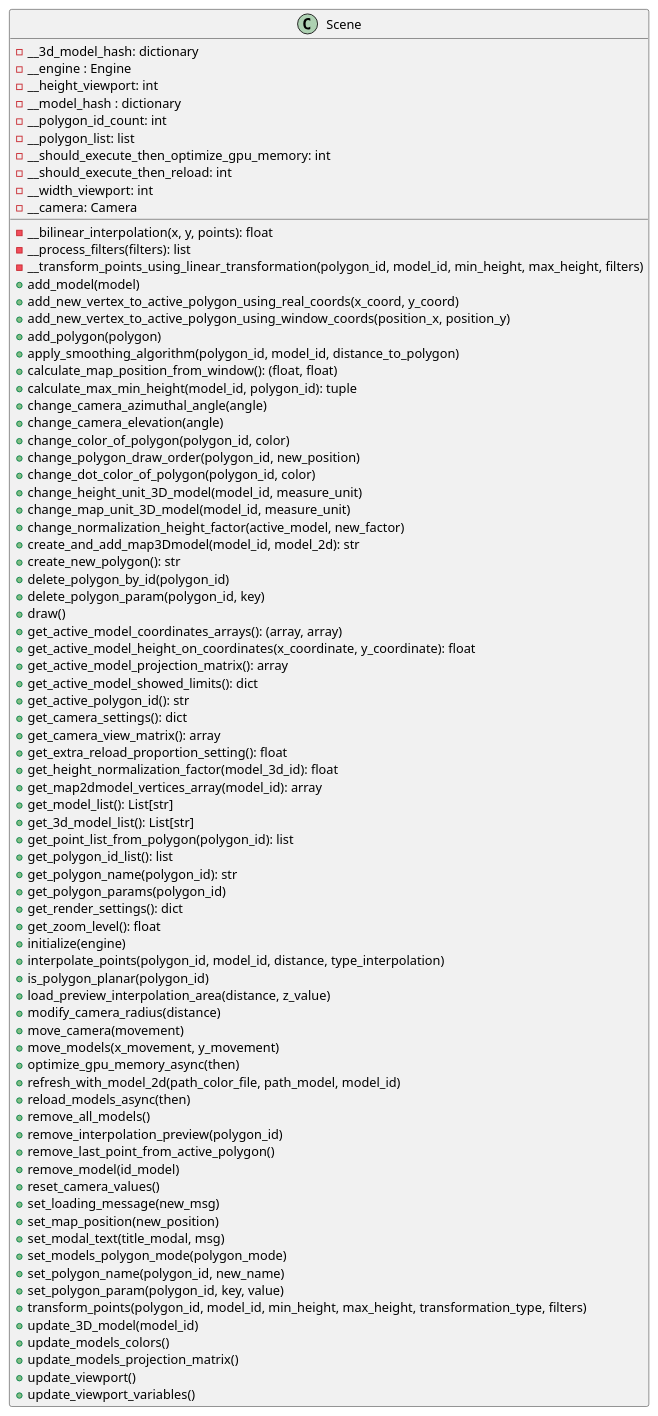
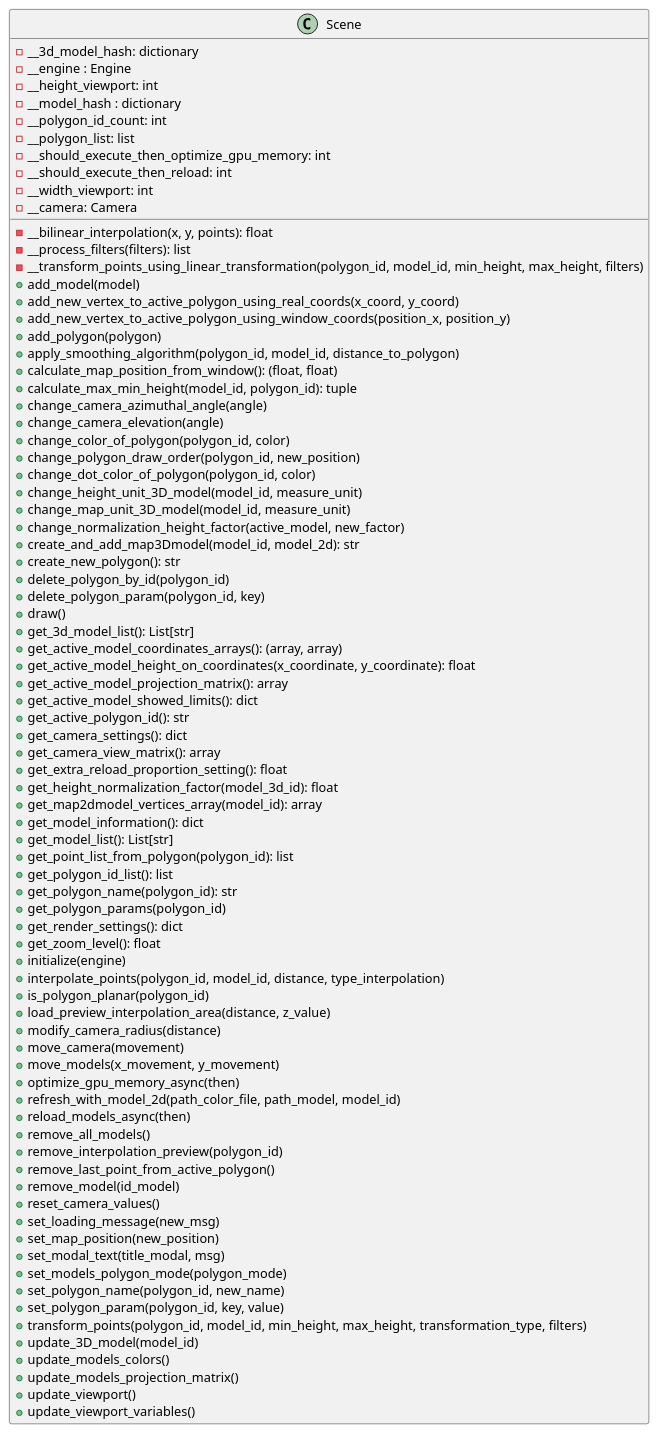
Before and after one commit to ferpoble2/Relief_Creator: the diagram in docs/classes/Scene.puml, drawn with PlantUML. The commit also changed 1 other file, not shown here.

Commit message:
Added method get_model_information to the Scene class.

```diff
--- a/docs/classes/Scene.puml
+++ b/docs/classes/Scene.puml
@@ -1,83 +1,84 @@
 @startuml
             class Scene{
                 - __bilinear_interpolation(x, y, points): float
                 - __process_filters(filters): list
                 - __transform_points_using_linear_transformation(polygon_id, model_id, min_height, max_height, filters)
                 + add_model(model)
                 + add_new_vertex_to_active_polygon_using_real_coords(x_coord, y_coord)
                 + add_new_vertex_to_active_polygon_using_window_coords(position_x, position_y)
                 + add_polygon(polygon)
                 + apply_smoothing_algorithm(polygon_id, model_id, distance_to_polygon)
                 + calculate_map_position_from_window(): (float, float)
                 + calculate_max_min_height(model_id, polygon_id): tuple
                 + change_camera_azimuthal_angle(angle)
                 + change_camera_elevation(angle)
                 + change_color_of_polygon(polygon_id, color)
                 + change_polygon_draw_order(polygon_id, new_position)
                 + change_dot_color_of_polygon(polygon_id, color)
                 + change_height_unit_3D_model(model_id, measure_unit)
                 + change_map_unit_3D_model(model_id, measure_unit)
                 + change_normalization_height_factor(active_model, new_factor)
                 + create_and_add_map3Dmodel(model_id, model_2d): str
                 + create_new_polygon(): str
                 + delete_polygon_by_id(polygon_id)
                 + delete_polygon_param(polygon_id, key)
                 + draw()
+                + get_3d_model_list(): List[str]
                 + get_active_model_coordinates_arrays(): (array, array)
                 + get_active_model_height_on_coordinates(x_coordinate, y_coordinate): float
                 + get_active_model_projection_matrix(): array
                 + get_active_model_showed_limits(): dict
                 + get_active_polygon_id(): str
                 + get_camera_settings(): dict
                 + get_camera_view_matrix(): array
                 + get_extra_reload_proportion_setting(): float
                 + get_height_normalization_factor(model_3d_id): float
                 + get_map2dmodel_vertices_array(model_id): array
+                + get_model_information(): dict
                 + get_model_list(): List[str]
-                + get_3d_model_list(): List[str]
                 + get_point_list_from_polygon(polygon_id): list
                 + get_polygon_id_list(): list
                 + get_polygon_name(polygon_id): str
                 + get_polygon_params(polygon_id)
                 + get_render_settings(): dict
                 + get_zoom_level(): float
                 + initialize(engine)
                 + interpolate_points(polygon_id, model_id, distance, type_interpolation)
                 + is_polygon_planar(polygon_id)
                 + load_preview_interpolation_area(distance, z_value)
                 + modify_camera_radius(distance)
                 + move_camera(movement)
                 + move_models(x_movement, y_movement)
                 + optimize_gpu_memory_async(then)
                 + refresh_with_model_2d(path_color_file, path_model, model_id)
                 + reload_models_async(then)
                 + remove_all_models()
                 + remove_interpolation_preview(polygon_id)
                 + remove_last_point_from_active_polygon()
                 + remove_model(id_model)
                 + reset_camera_values()
                 + set_loading_message(new_msg)
                 + set_map_position(new_position)
                 + set_modal_text(title_modal, msg)
                 + set_models_polygon_mode(polygon_mode)
                 + set_polygon_name(polygon_id, new_name)
                 + set_polygon_param(polygon_id, key, value)
                 + transform_points(polygon_id, model_id, min_height, max_height, transformation_type, filters)
                 + update_3D_model(model_id)
                 + update_models_colors()
                 + update_models_projection_matrix()
                 + update_viewport()
                 + update_viewport_variables()
 
                 - __3d_model_hash: dictionary
                 - __engine : Engine
                 - __height_viewport: int
                 - __model_hash : dictionary
                 - __polygon_id_count: int
                 - __polygon_list: list
                 - __should_execute_then_optimize_gpu_memory: int
                 - __should_execute_then_reload: int
                 - __width_viewport: int
                 - __camera: Camera
             }
 @enduml
```
